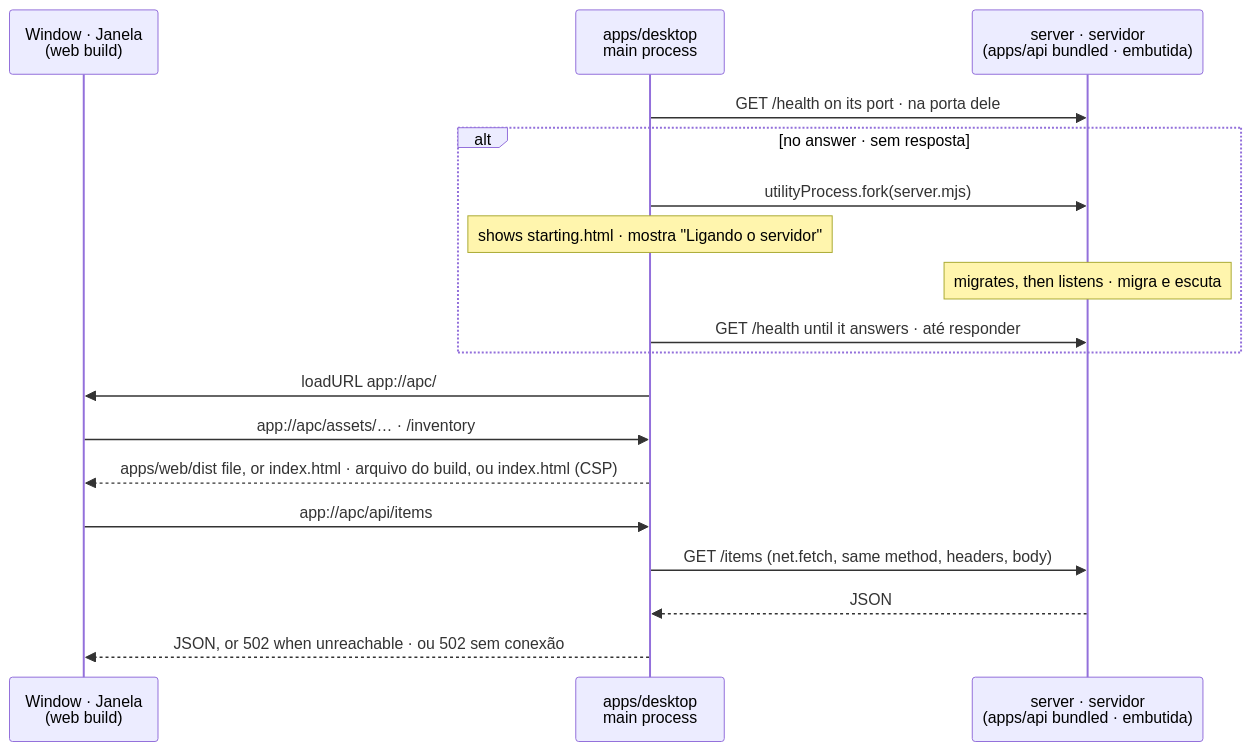
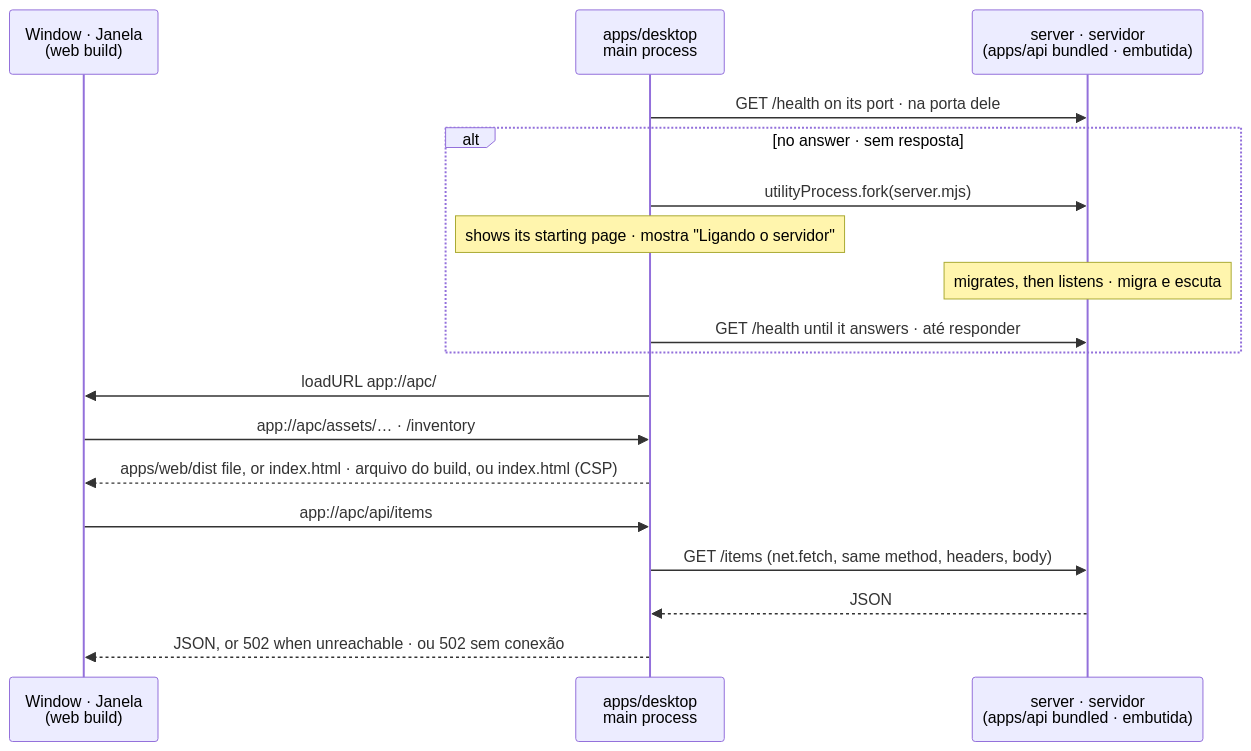
One commit to ChrisCamilo/apc-universal-repair changed the seventh of 9 diagrams in docs/architecture.md. Above: the diagram before and after it, drawn with Mermaid. The commit also changed 7 other files, not shown here.

````diff
--- a/docs/architecture.md
+++ b/docs/architecture.md
@@ -213,21 +213,21 @@
 ```mermaid
 sequenceDiagram
     participant Page as Window · Janela<br/>(web build)
     participant Main as apps/desktop<br/>main process
     participant API as server · servidor<br/>(apps/api bundled · embutida)
 
     Main->>API: GET /health on its port · na porta dele
     alt no answer · sem resposta
         Main->>API: utilityProcess.fork(server.mjs)
-        Note over Main: shows starting.html · mostra "Ligando o servidor"
+        Note over Main: shows its starting page · mostra "Ligando o servidor"
         Note over API: migrates, then listens · migra e escuta
         Main->>API: GET /health until it answers · até responder
     end
     Main->>Page: loadURL app://apc/
     Page->>Main: app://apc/assets/… · /inventory
     Main-->>Page: apps/web/dist file, or index.html · arquivo do build, ou index.html (CSP)
     Page->>Main: app://apc/api/items
     Main->>API: GET /items (net.fetch, same method, headers, body)
     API-->>Main: JSON
     Main-->>Page: JSON, or 502 when unreachable · ou 502 sem conexão
 ```
````
